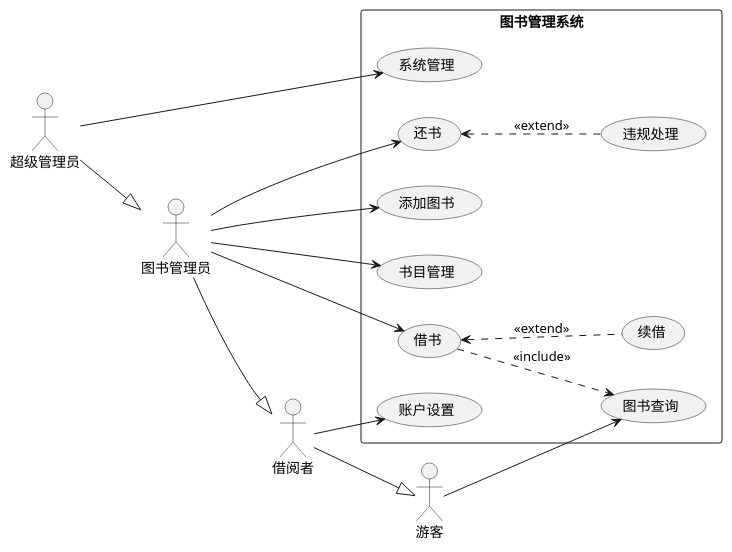
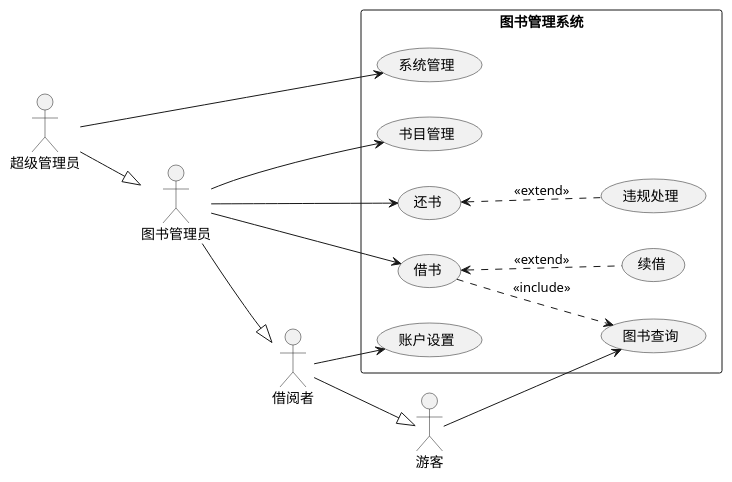
One commit to 201610414130/is_analysis-4 changed the diagram in test2/bookMange.pu. Above: the diagram before and after it, drawn with PlantUML. The commit also changed 5 other files, not shown here.

```diff
--- a/test2/bookMange.pu
+++ b/test2/bookMange.pu
@@ -1,43 +1,41 @@
 @startuml 图书管理系统用例图
 skinparam packageStyle rectangle
 
 :借阅者: as Borrower
 :游客: as Visitor
 :图书管理员: as Admin
 :超级管理员: as root
 
 rectangle 图书管理系统{
     (图书查询) as query
 
     (账户设置) as sett_  
 
     (借书) as bor_
     (续借) as renew
     (还书) as ret_
     (违规处理) as fine
-    (添加图书) as addBM_
     (书目管理) as bookI_
 
     root -right-> (系统管理)
 }
 ' 用例之间的关系
 bor_ ..> query:<<include>>
 ret_ <.. fine:<<extend>>
 bor_ <.. renew:<<extend>>
 
 ' 外部实体之间的关系
 
 Borrower --|> Visitor
 Admin --|> Borrower
 root --|> Admin
 ' 用例与参与的外部实体之间的关系
 Visitor --> query
 Borrower --> sett_
 
 Admin --> bor_
 Admin --> ret_
-Admin --> addBM_
 Admin --> bookI_
 left to right direction
 
 @enduml
```
